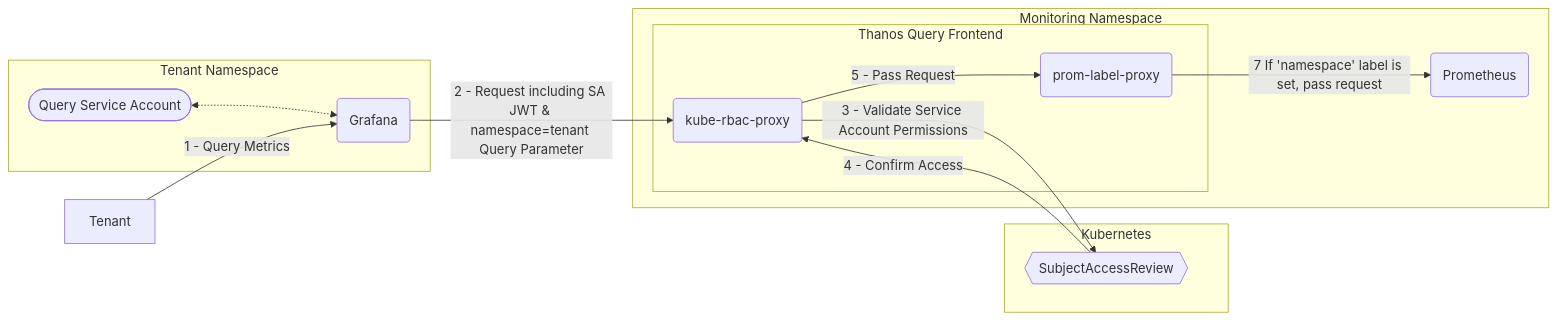
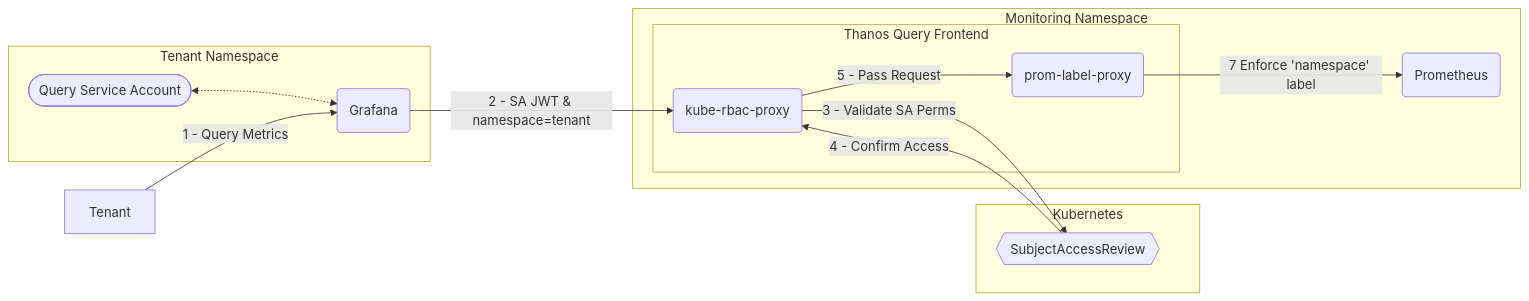
Before and after one commit to konstfish/multi-tenant-observability: the diagram in prometheus/querier-frontend/README.md, drawn with Mermaid. The commit also changed 1 other file, not shown here.

Commit message:
fix(prometheus): mermaid graph readability

````diff
--- a/prometheus/querier-frontend/README.md
+++ b/prometheus/querier-frontend/README.md
@@ -7,26 +7,26 @@
 ```mermaid
 flowchart LR
     subgraph Tenant Namespace
         qsa([Query Service Account]) <-.-> grafana(Grafana)
     end
 
     subgraph Kubernetes
         sar{{SubjectAccessReview}}
     end
 
     tnt[Tenant] -->|1 - Query Metrics| grafana
-    grafana -->|2 - Request including SA JWT & namespace=tenant Query Parameter| krp(kube-rbac-proxy)
+    grafana -->|2 - SA JWT & namespace=tenant| krp(kube-rbac-proxy)
 
     subgraph Monitoring Namespace
         subgraph Thanos Query Frontend
             krp(kube-rbac-proxy)
-            krp -->|3 - Validate Service Account Permissions| sar
+            krp -->|3 - Validate SA Perms| sar
             sar -->|4 - Confirm Access| krp
             krp -->|5 - Pass Request| plp(prom-label-proxy)
         end
 
-        plp -->|7 If 'namespace' label is set, pass request| prom
+        plp -->|7 Enforce 'namespace' label| prom
 
         prom(Prometheus)
     end
 ```
````
